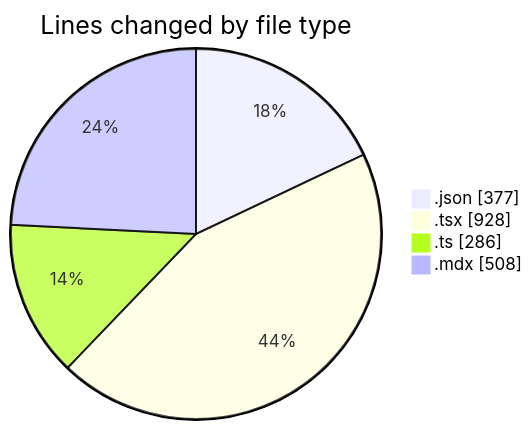
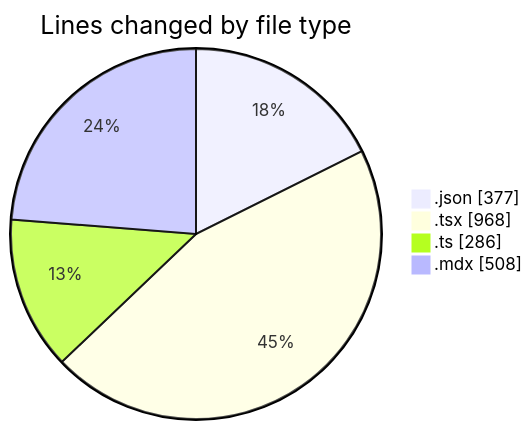
The first of 2 diagrams in 2025-05-01/niten/README.md (Elitesun/code-tracking), drawn with Mermaid before and after one commit. The commit also changed other lines of this file and 1 other file, not shown here.

````diff
--- a/2025-05-01/niten/README.md
+++ b/2025-05-01/niten/README.md
@@ -41,8 +42,8 @@
 ```mermaid
 pie showData
 title Lines changed by file type
 ".json" : 377
-".tsx" : 928
+".tsx" : 968
 ".ts" : 286
 ".mdx" : 508
 ```
````
